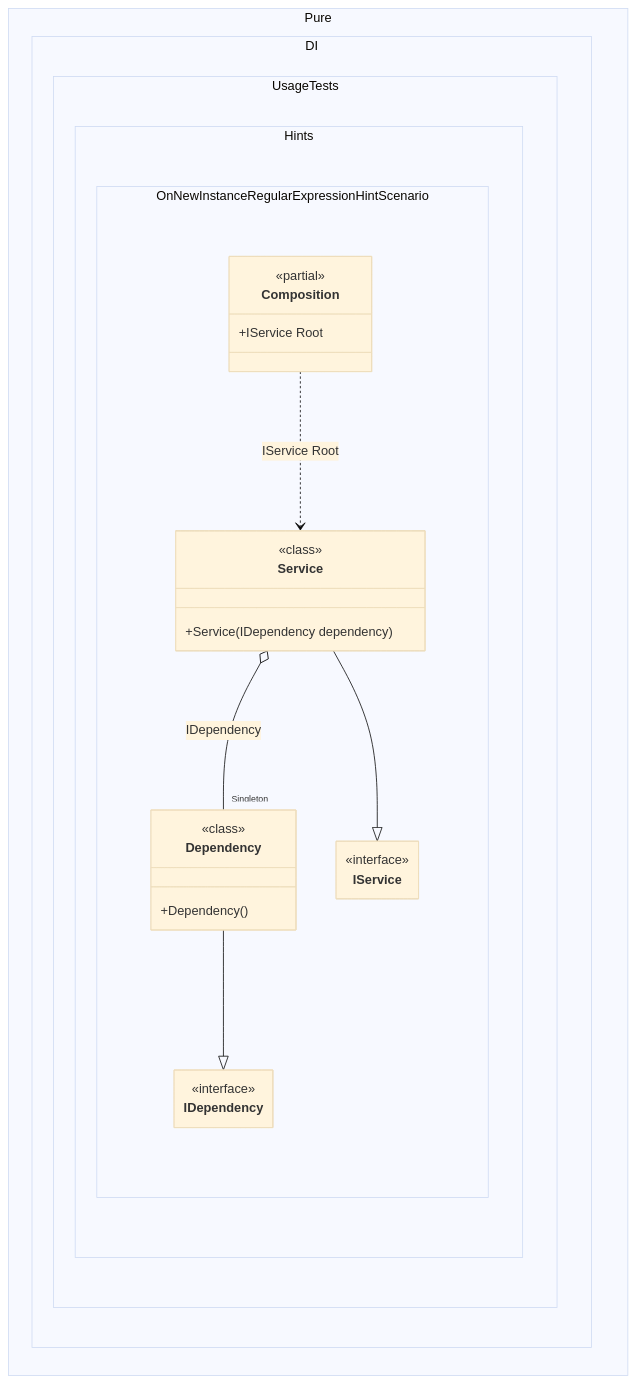
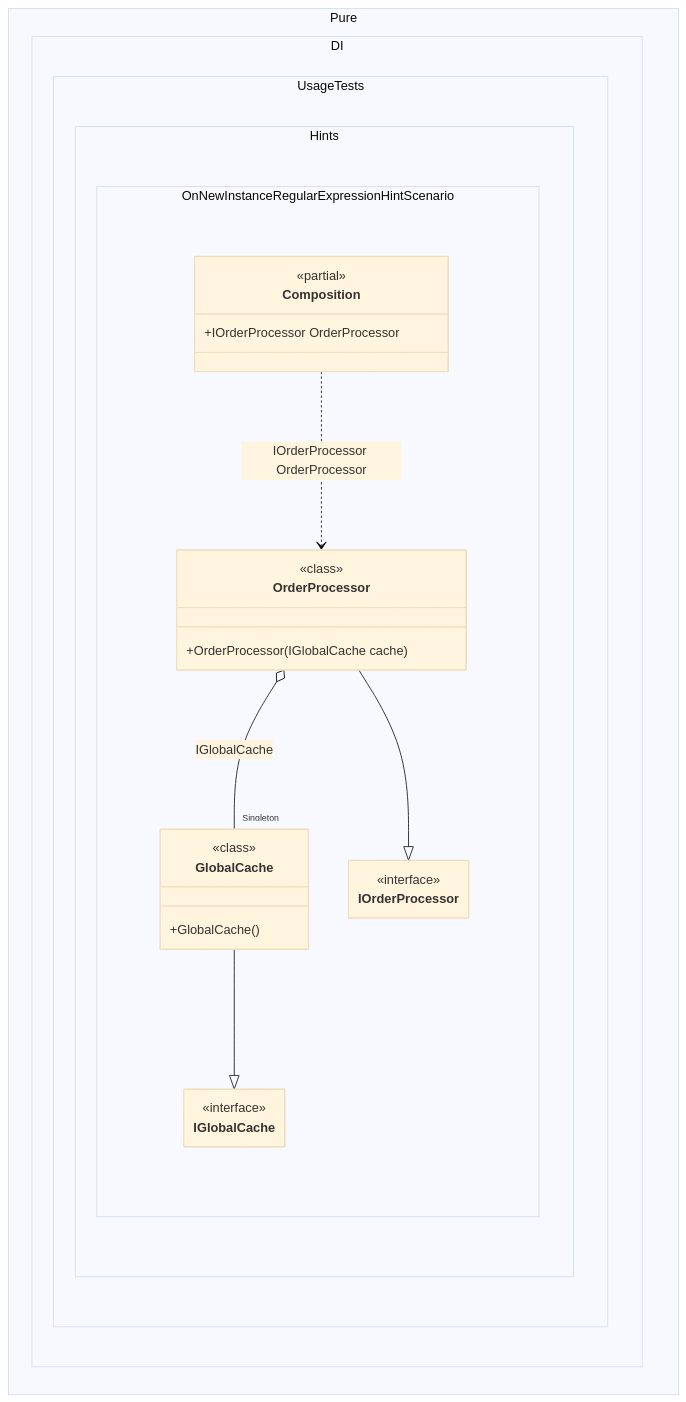
Before and after one commit to DevTeam/Pure.DI: the diagram in readme/onnewinstance-regular-expression-hint.md, drawn with Mermaid (base theme). The commit also changed other lines of this file and 126 other files, not shown here.

````diff
--- a/readme/onnewinstance-regular-expression-hint.md
+++ b/readme/onnewinstance-regular-expression-hint.md
@@ -153,34 +151,34 @@
 ```mermaid
 ---
  config:
   maxTextSize: 2147483647
   maxEdges: 2147483647
   class:
    hideEmptyMembersBox: true
 ---
 classDiagram
-	Dependency --|> IDependency
-	Service --|> IService
-	Composition ..> Service : IService Root
-	Service o-- "Singleton" Dependency : IDependency
+	GlobalCache --|> IGlobalCache
+	OrderProcessor --|> IOrderProcessor
+	Composition ..> OrderProcessor : IOrderProcessor OrderProcessor
+	OrderProcessor o-- "Singleton" GlobalCache : IGlobalCache
 	namespace Pure.DI.UsageTests.Hints.OnNewInstanceRegularExpressionHintScenario {
 		class Composition {
 		<<partial>>
-		+IService Root
+		+IOrderProcessor OrderProcessor
 		}
-		class Dependency {
+		class GlobalCache {
 				<<class>>
-			+Dependency()
+			+GlobalCache()
 		}
-		class IDependency {
+		class IGlobalCache {
 			<<interface>>
 		}
-		class IService {
+		class IOrderProcessor {
 			<<interface>>
 		}
-		class Service {
+		class OrderProcessor {
 				<<class>>
-			+Service(IDependency dependency)
+			+OrderProcessor(IGlobalCache cache)
 		}
 	}
 ```
````
